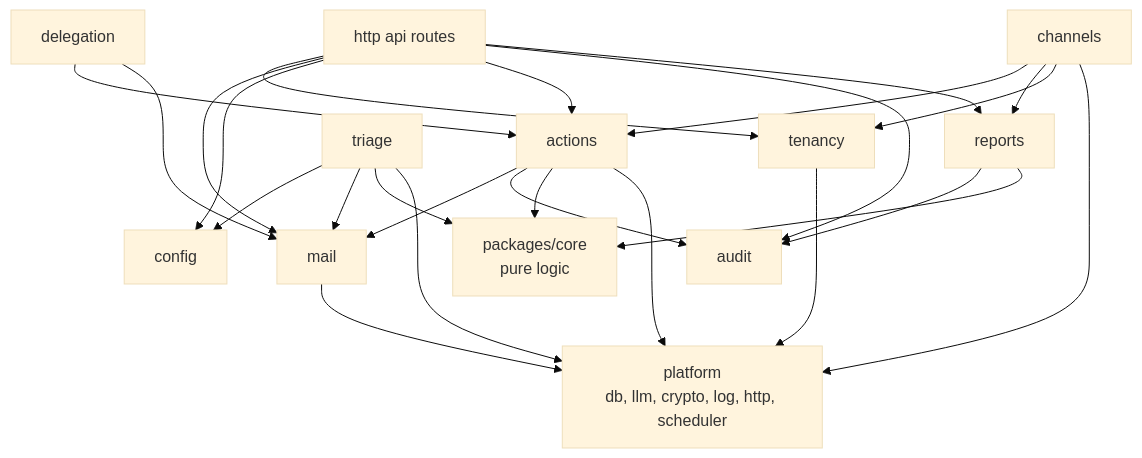
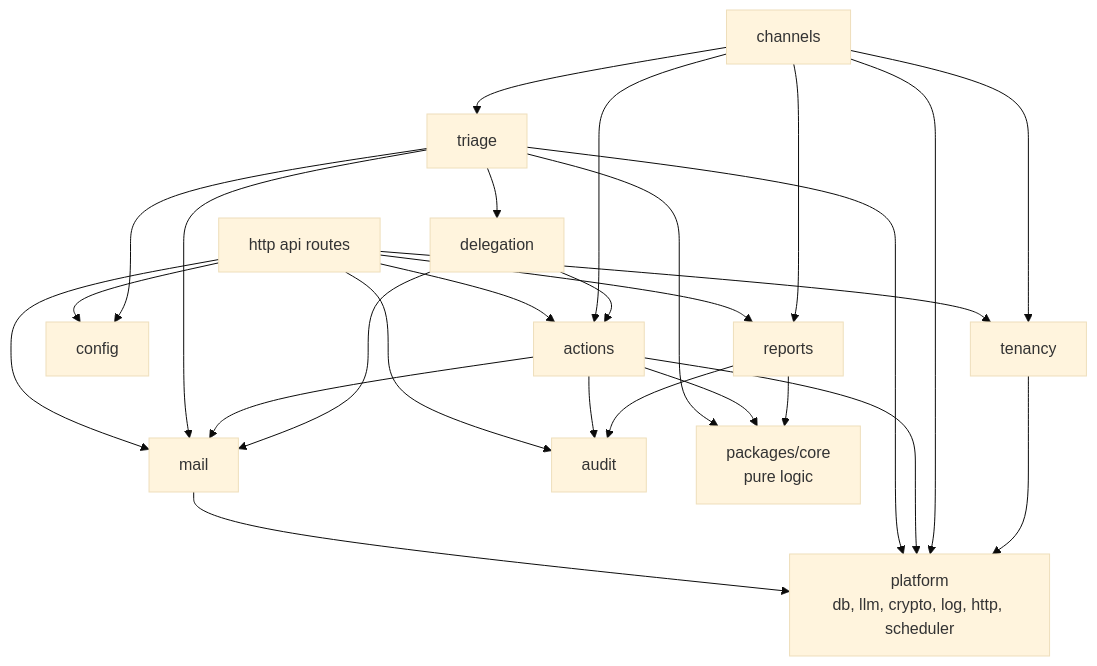
Before and after one commit to Artexs/email_assistant: the second of 2 diagrams in docs/modules.md, drawn with Mermaid (base theme). The commit also changed other lines of this file and 33 other files, not shown here.

Commit message:
docs: apply MVP review fixes — IMAP first (ADR 0010), own Postgres in Compose (0011), LLM data/cost rules (0012); architecture, modules, roadmap, brief Q9–Q11, code-patterns; slices S0–S6 (S1a/S1b split); review task done

````diff
--- a/docs/modules.md
+++ b/docs/modules.md
@@ -63,29 +70,31 @@
 ```mermaid
 graph TD
     api[http api routes] --> tenancy
     api --> mail
     api --> config
     api --> actions
     api --> audit
     api --> reports
     triage --> config
     triage --> mail
     triage --> core
+    triage --> delegation
     actions --> mail
     actions --> audit
     actions --> core
     channels --> actions
     channels --> reports
+    channels --> triage
     channels --> tenancy
     reports --> audit
     reports --> core
     delegation --> actions
     delegation --> mail
     mail --> platform
     triage --> platform
     actions --> platform
     channels --> platform
     tenancy --> platform
     core[packages/core<br/>pure logic]
     platform[platform<br/>db, llm, crypto, log, http, scheduler]
 ```
````
